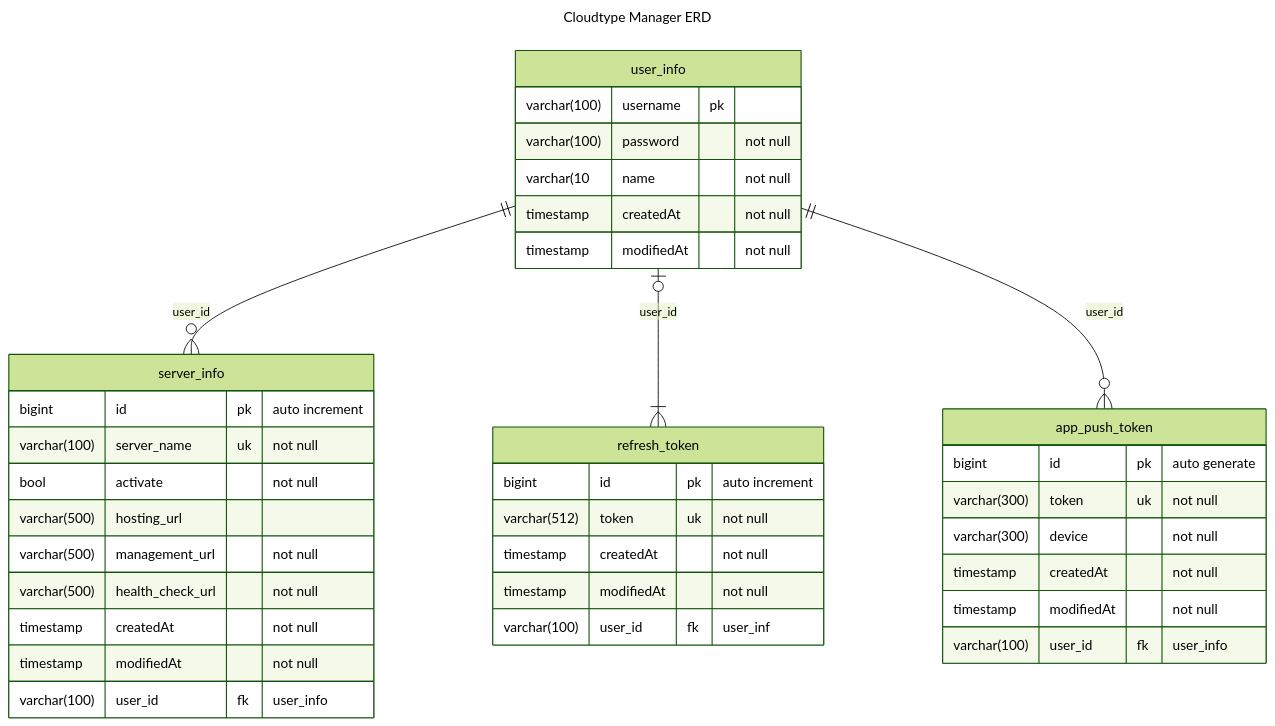
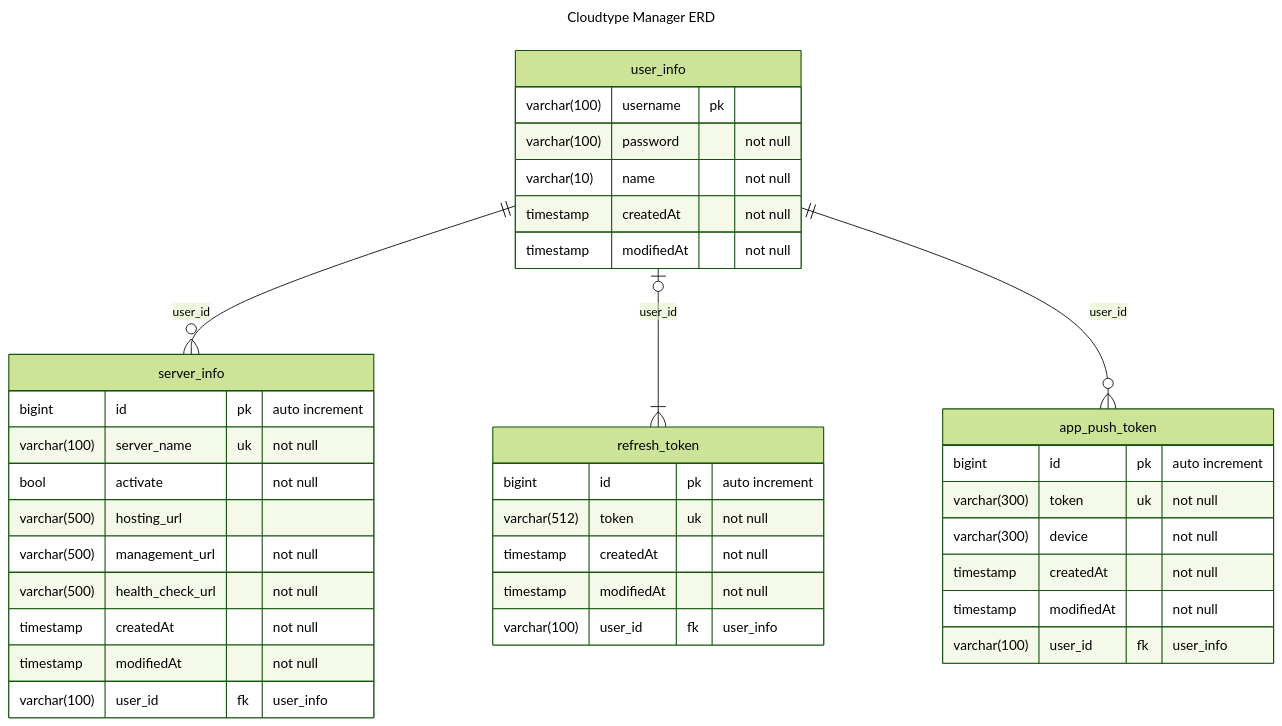
The diagram in cloudtype-manager-api/README.md (GuardJo/cloudtype-manager), drawn with Mermaid (forest theme) before and after one commit.

Commit message:
[BE] #60 PR(#64) README 관련 피드백 반영
- README 내 일부 ERD 오타 수정

````diff
--- a/cloudtype-manager-api/README.md
+++ b/cloudtype-manager-api/README.md
@@ -26,46 +26,46 @@
 ```mermaid
 ---
 title: Cloudtype Manager ERD
 ---
 erDiagram
     user_info {
 varchar(100) username pk
 varchar(100) password "not null"
-varchar(10 name "not null"
+varchar(10) name "not null"
 timestamp createdAt "not null"
 timestamp modifiedAt "not null"
 }
 
 server_info {
 bigint id pk "auto increment"
 varchar(100) server_name uk "not null"
 bool activate "not null"
 varchar(500) hosting_url
 varchar(500) management_url "not null"
 varchar(500) health_check_url "not null"
 timestamp createdAt "not null"
 timestamp modifiedAt "not null"
 varchar(100) user_id fk "user_info"
 }
 
 refresh_token {
 bigint id pk "auto increment"
 varchar(512) token uk "not null"
 timestamp createdAt "not null"
 timestamp modifiedAt "not null"
-varchar(100) user_id fk "user_inf"
+varchar(100) user_id fk "user_info"
 }
 
 app_push_token {
-bigint id pk "auto generate"
+bigint id pk "auto increment"
 varchar(300) token uk "not null"
 varchar(300) device "not null"
 timestamp createdAt "not null"
 timestamp modifiedAt "not null"
 varchar(100) user_id fk "user_info"
 }
 
 user_info ||--o{ server_info: "user_id"
 user_info o|--|{ refresh_token: "user_id"
 user_info ||--o{ app_push_token: "user_id"
 ```
````
